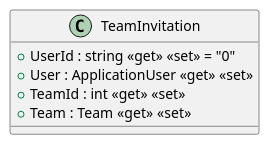
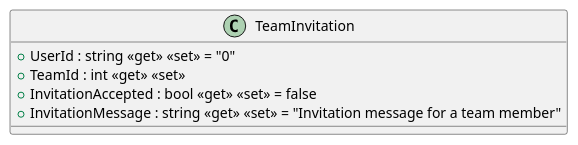
The diagram in src/AppForSEII.API/ClassDiagram/TeamInvitation.puml (SEII2627LosBalicki/ISII2627LosBalicki), drawn with PlantUML before and after one commit.

Commit message:
FIX class diagram teaminvitations

```diff
--- a/src/AppForSEII.API/ClassDiagram/TeamInvitation.puml
+++ b/src/AppForSEII.API/ClassDiagram/TeamInvitation.puml
@@ -1,8 +1,8 @@
 @startuml
 class TeamInvitation {
     + UserId : string <<get>> <<set>> = "0"
-    + User : ApplicationUser <<get>> <<set>>
     + TeamId : int <<get>> <<set>>
-    + Team : Team <<get>> <<set>>
+    + InvitationAccepted : bool <<get>> <<set>> = false
+    + InvitationMessage : string <<get>> <<set>> = "Invitation message for a team member"
 }
 @enduml
```
